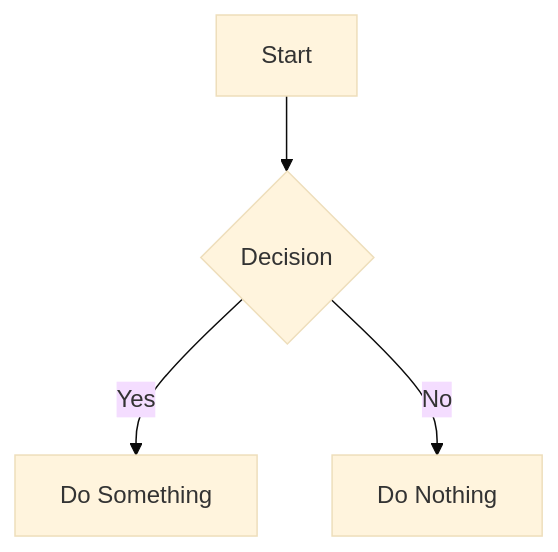
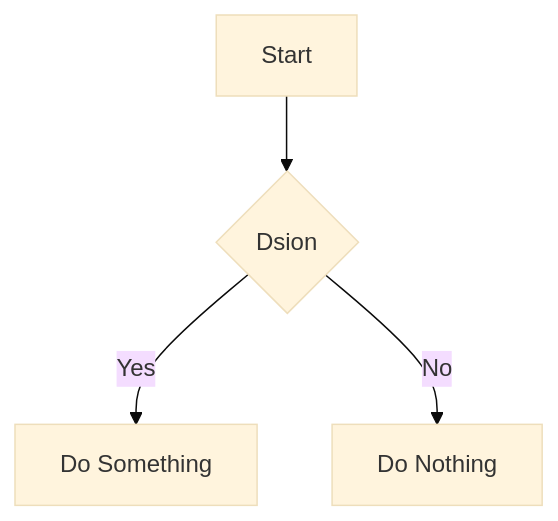
The diagram in README.md (AtticusInSpace/Presentations), drawn with Mermaid (base theme) before and after one commit. The commit also changed other lines of this file, not shown here.

````diff
--- a/README.md
+++ b/README.md
@@ -44,6 +46,6 @@
 ```mermaid
 graph TD
-    A[Start] --> B{Decision}
+    A[Start] --> B{Dsion}
     B -->|Yes| C[Do Something]
     B -->|No| D[Do Nothing]
 ```
````
